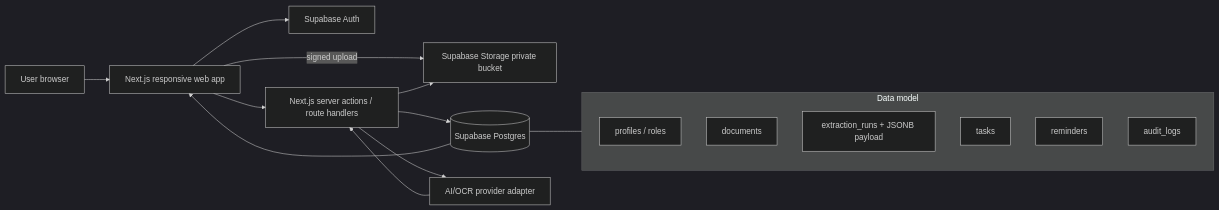
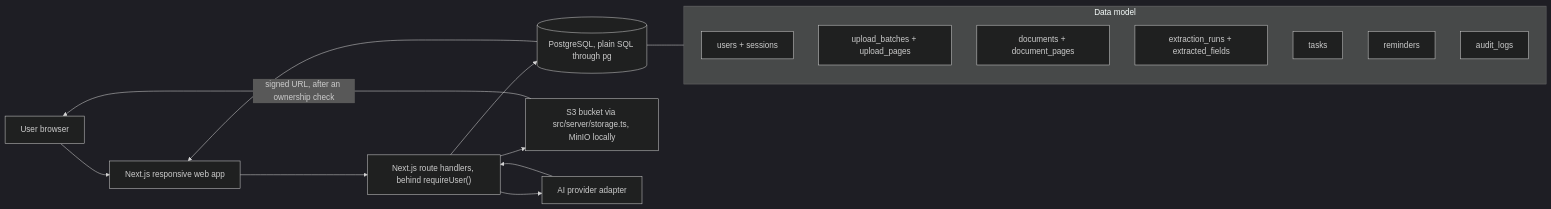
Before and after one commit to Day-Keeper-Group1/Day-Keeper-Group-1: the diagram in docs/DayKeeper-Tech-Stack-Recommendation.md, drawn with Mermaid (dark theme). The commit also changed other lines of this file and 5 other files, not shown here.

First line of the commit message:
Align the three pre-decision documents to ADRs 001 through 008

````diff
--- a/docs/DayKeeper-Tech-Stack-Recommendation.md
+++ b/docs/DayKeeper-Tech-Stack-Recommendation.md
@@ -60,23 +61,23 @@
 ```mermaid
 flowchart LR
     U[User browser] --> UI[Next.js responsive web app]
-    UI --> AUTH[Supabase Auth]
-    UI --> API[Next.js server actions / route handlers]
-    UI -->|signed upload| ST
-    API --> DB[(Supabase Postgres)]
-    API --> ST[Supabase Storage private bucket]
-    API --> AI[AI/OCR provider adapter]
+    UI --> API["Next.js route handlers, behind requireUser()"]
+    API --> DB[("PostgreSQL, plain SQL through pg")]
+    API --> ST["S3 bucket via src/server/storage.ts, MinIO locally"]
+    API --> AI[AI provider adapter]
     AI --> API
     DB --> UI
+    ST -->|"signed URL, after an ownership check"| U
 
     subgraph DBData[Data model]
-      USERS[profiles / roles]
-      DOCS[documents]
-      EX[extraction_runs + JSONB payload]
+      USERS[users + sessions]
+      BATCH[upload_batches + upload_pages]
+      DOCS[documents + document_pages]
+      EX[extraction_runs + extracted_fields]
       TASKS[tasks]
       REM[reminders]
       AUDIT[audit_logs]
     end
 
     DB --- DBData
 ```
````
